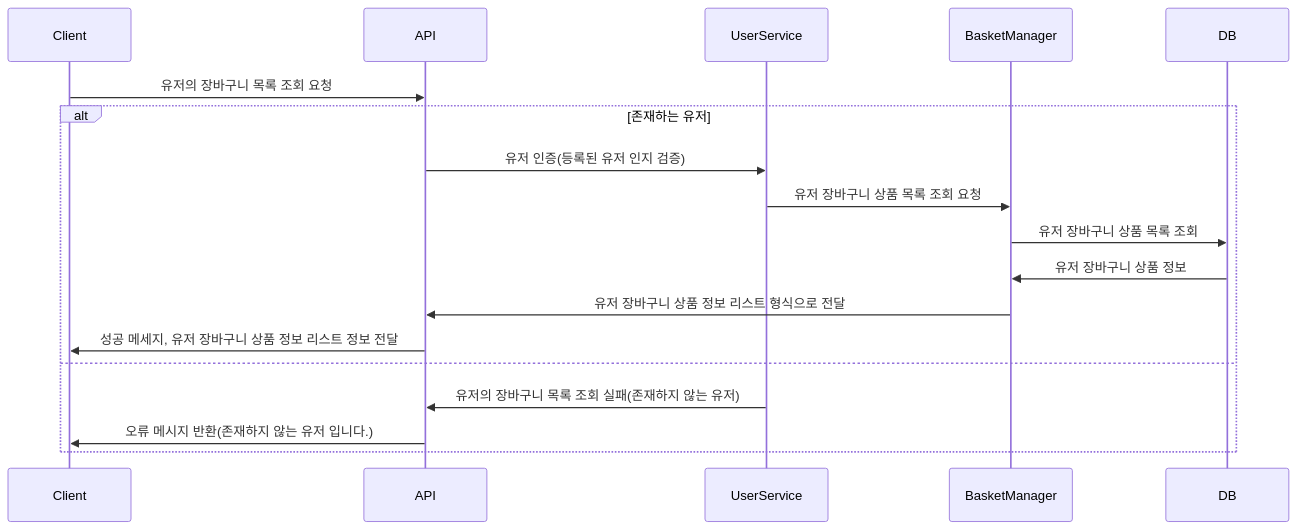
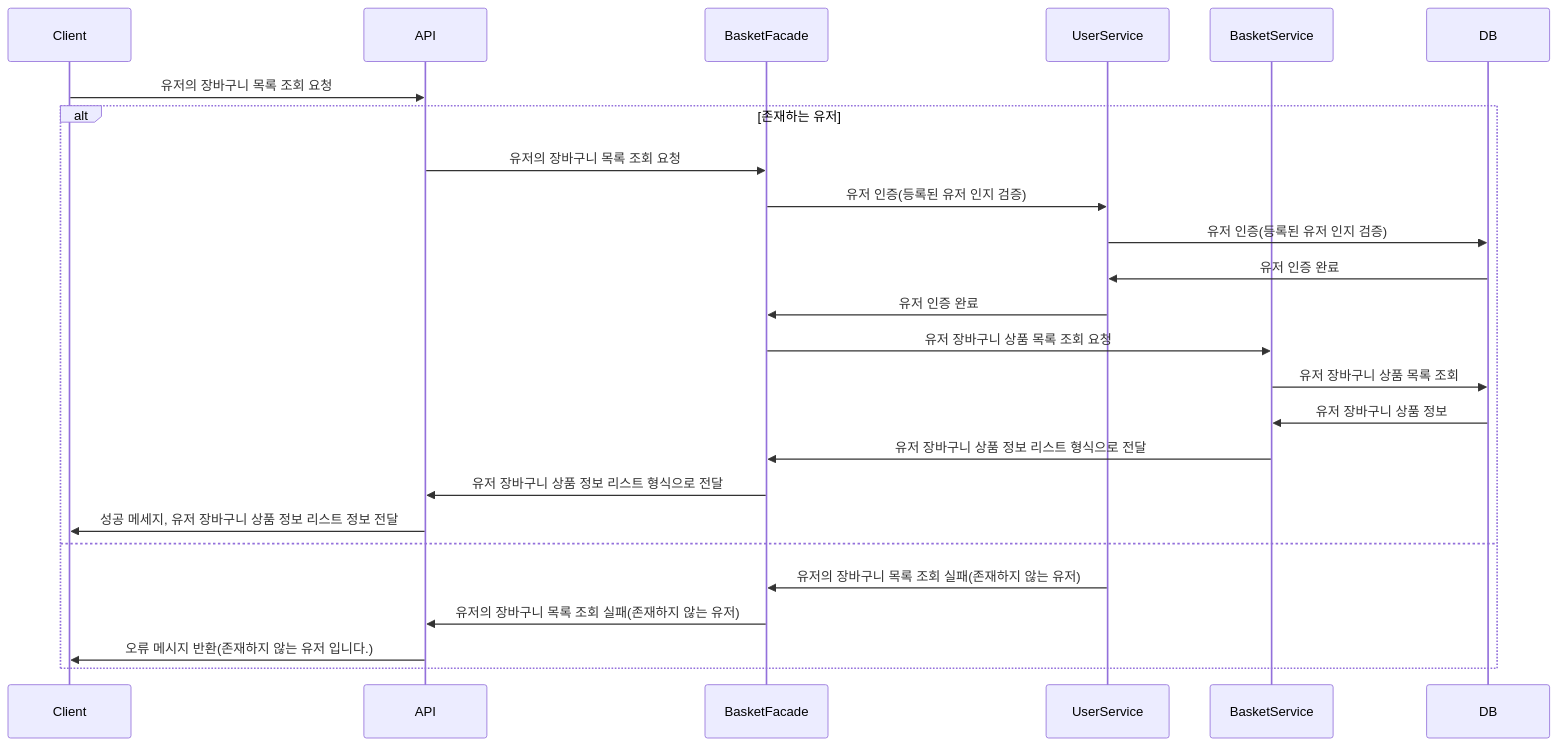
The seventh of 8 diagrams in docs/EventSequence.md (LeeJeongGi/hhplus-03-ecommerce), drawn with Mermaid before and after one commit. The commit also changed other lines of this file, not shown here.

Commit message:
feat : 이벤트 시퀀스 재정비, Facade 클래스 추가, Manager -> service 이름 수정, 주문,결제 API 두개로 분리

````diff
--- a/docs/EventSequence.md
+++ b/docs/EventSequence.md
@@ -157,21 +229,28 @@
 ```mermaid
 sequenceDiagram
     participant Client
     participant API
+    participant BasketFacade
     participant UserService
-    participant BasketManager
+    participant BasketService
     participant DB
 
     Client ->> API:유저의 장바구니 목록 조회 요청
     alt 존재하는 유저
-        API ->> UserService: 유저 인증(등록된 유저 인지 검증)
-        UserService ->> BasketManager: 유저 장바구니 상품 목록 조회 요청
-        BasketManager ->> DB: 유저 장바구니 상품 목록 조회
-        DB ->> BasketManager: 유저 장바구니 상품 정보
-        BasketManager ->> API: 유저 장바구니 상품 정보 리스트 형식으로 전달
+        API ->> BasketFacade: 유저의 장바구니 목록 조회 요청
+        BasketFacade ->> UserService: 유저 인증(등록된 유저 인지 검증)
+        UserService ->> DB: 유저 인증(등록된 유저 인지 검증)
+        DB ->> UserService: 유저 인증 완료
+        UserService ->> BasketFacade: 유저 인증 완료
+        BasketFacade ->> BasketService: 유저 장바구니 상품 목록 조회 요청
+        BasketService ->> DB: 유저 장바구니 상품 목록 조회
+        DB ->> BasketService: 유저 장바구니 상품 정보
+        BasketService ->> BasketFacade: 유저 장바구니 상품 정보 리스트 형식으로 전달
+        BasketFacade ->> API: 유저 장바구니 상품 정보 리스트 형식으로 전달
         API ->> Client: 성공 메세지, 유저 장바구니 상품 정보 리스트 정보 전달
     else
-        UserService ->> API: 유저의 장바구니 목록 조회 실패(존재하지 않는 유저)
+        UserService ->> BasketFacade: 유저의 장바구니 목록 조회 실패(존재하지 않는 유저)
+        BasketFacade ->> API: 유저의 장바구니 목록 조회 실패(존재하지 않는 유저)
         API ->> Client: 오류 메시지 반환(존재하지 않는 유저 입니다.)
     end
 ```
````
